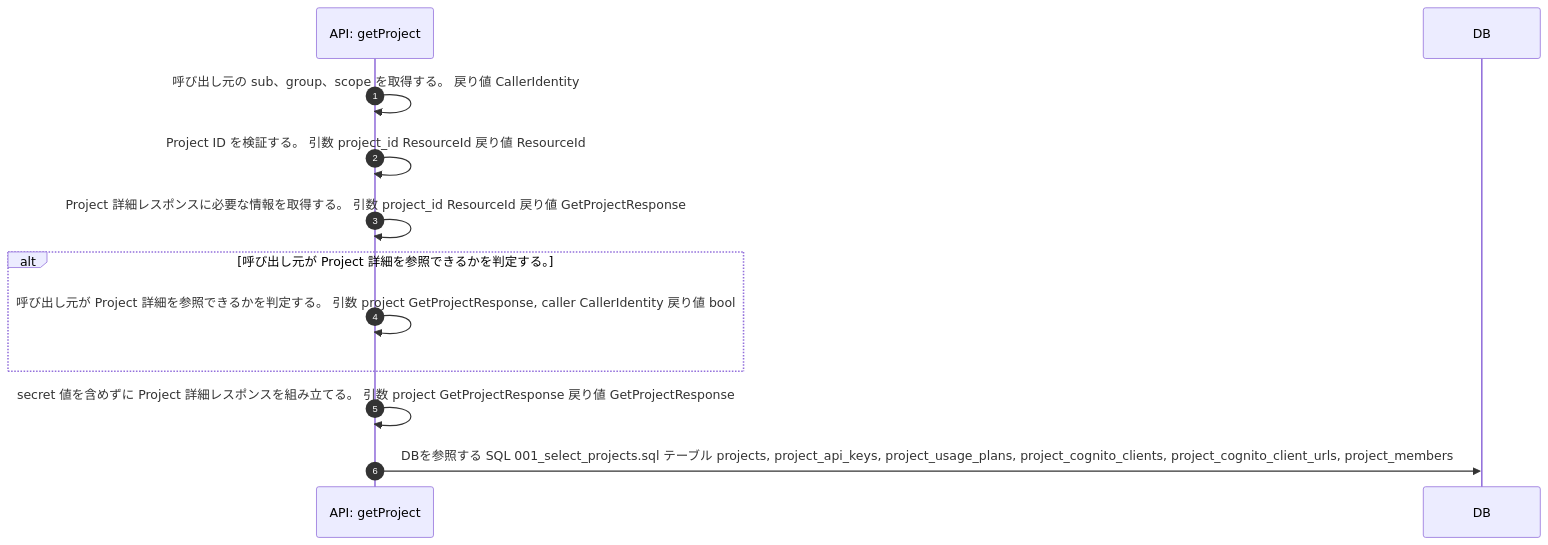
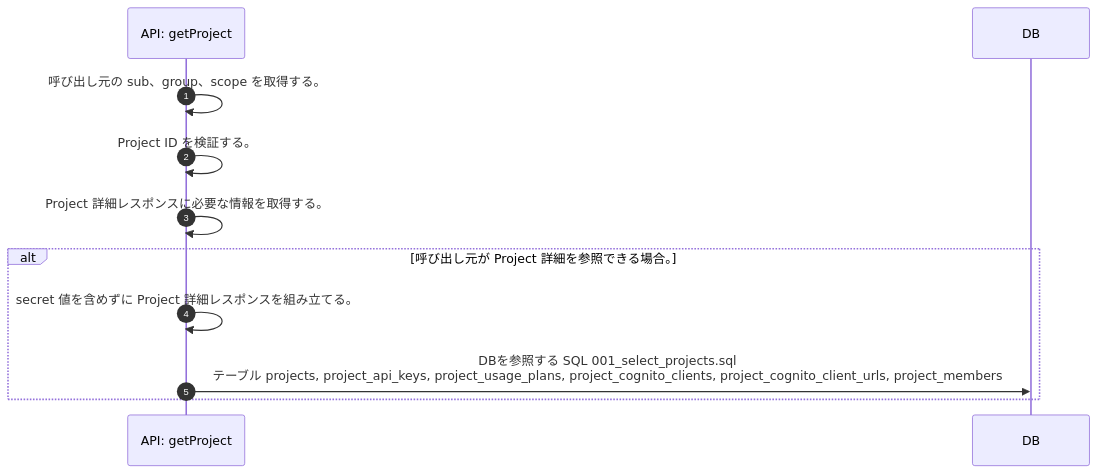
The diagram in docs/spec/40.apis/projects/get_project/sequence_gen.md (tsuji-tomonori/lazunex), drawn with Mermaid before and after one commit. The commit also changed 16 other files, not shown here.

First line of the commit message:
🐛 fix(api): sequence条件分岐の表示を修正

````diff
--- a/docs/spec/40.apis/projects/get_project/sequence_gen.md
+++ b/docs/spec/40.apis/projects/get_project/sequence_gen.md
@@ -5,14 +5,13 @@
 ```mermaid
 sequenceDiagram
   autonumber
   participant API as API: getProject
   participant DB as DB
-  API->>API: 呼び出し元の sub、group、scope を取得する。 戻り値 CallerIdentity
-  API->>API: Project ID を検証する。 引数 project_id ResourceId 戻り値 ResourceId
-  API->>API: Project 詳細レスポンスに必要な情報を取得する。 引数 project_id ResourceId 戻り値 GetProjectResponse
-  alt 呼び出し元が Project 詳細を参照できるかを判定する。
-    API->>API: 呼び出し元が Project 詳細を参照できるかを判定する。 引数 project GetProjectResponse, caller CallerIdentity 戻り値 bool
+  API->>API: 呼び出し元の sub、group、scope を取得する。
+  API->>API: Project ID を検証する。
+  API->>API: Project 詳細レスポンスに必要な情報を取得する。
+  alt 呼び出し元が Project 詳細を参照できる場合。
+    API->>API: secret 値を含めずに Project 詳細レスポンスを組み立てる。
+    API->>DB: DBを参照する SQL 001_select_projects.sql<br/>テーブル projects, project_api_keys, project_usage_plans, project_cognito_clients, project_cognito_client_urls, project_members
   end
-  API->>API: secret 値を含めずに Project 詳細レスポンスを組み立てる。 引数 project GetProjectResponse 戻り値 GetProjectResponse
-  API->>DB: DBを参照する SQL 001_select_projects.sql テーブル projects, project_api_keys, project_usage_plans, project_cognito_clients, project_cognito_client_urls, project_members
 ```
````
